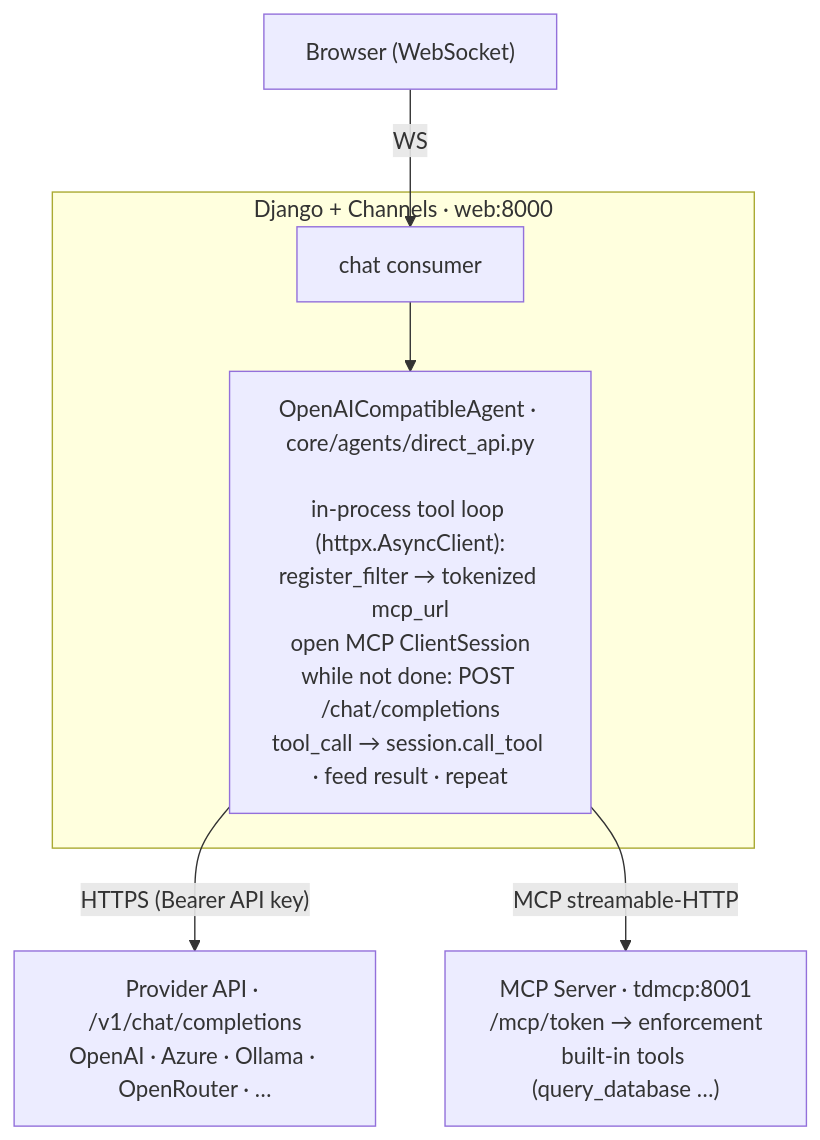
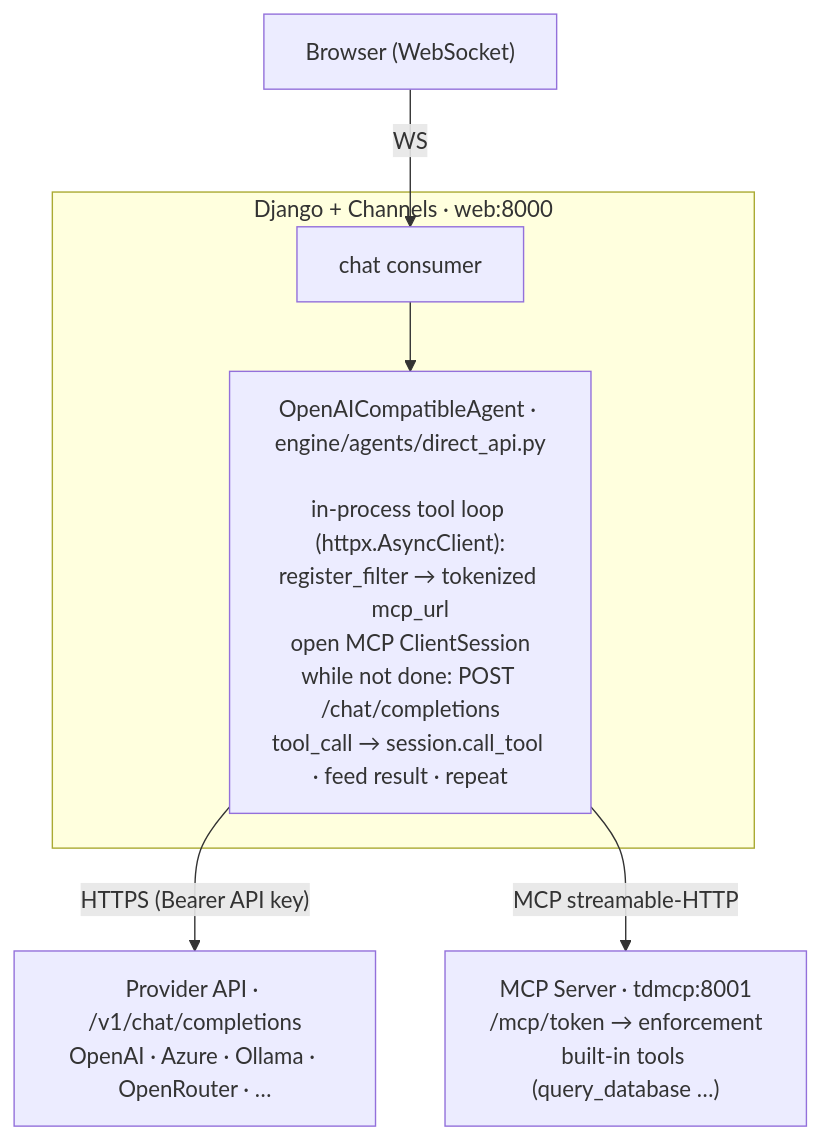
Before and after one commit to mpospirit-apps/TetherDust: the first of 3 diagrams in documentations/TetherDust Documentation/3. Agent Integrations/4. Direct API Agent.md, drawn with Mermaid. The commit also changed other lines of this file and 341 other files, not shown here.

Commit message:
chore: rename Django apps (core -> engine, portal -> workspace, console -> management)

````diff
--- a/documentations/TetherDust Documentation/3. Agent Integrations/4. Direct API Agent.md
+++ b/documentations/TetherDust Documentation/3. Agent Integrations/4. Direct API Agent.md
@@ -55,17 +55,17 @@
 ```mermaid
 flowchart TD
     Browser["Browser (WebSocket)"]
 
     subgraph web["Django + Channels · web:8000"]
         Consumer["chat consumer"]
-        Agent["OpenAICompatibleAgent · core/agents/direct_api.py<br/><br/>in-process tool loop (httpx.AsyncClient):<br/>register_filter → tokenized mcp_url<br/>open MCP ClientSession<br/>while not done: POST /chat/completions<br/>tool_call → session.call_tool · feed result · repeat"]
+        Agent["OpenAICompatibleAgent · engine/agents/direct_api.py<br/><br/>in-process tool loop (httpx.AsyncClient):<br/>register_filter → tokenized mcp_url<br/>open MCP ClientSession<br/>while not done: POST /chat/completions<br/>tool_call → session.call_tool · feed result · repeat"]
     end
 
     Provider["Provider API · /v1/chat/completions<br/>OpenAI · Azure · Ollama · OpenRouter · …"]
     MCP["MCP Server · tdmcp:8001<br/>/mcp/token → enforcement<br/>built-in tools (query_database …)"]
 
     Browser -->|WS| Consumer
     Consumer --> Agent
     Agent -->|"HTTPS (Bearer API key)"| Provider
     Agent -->|"MCP streamable-HTTP"| MCP
 ```
````
